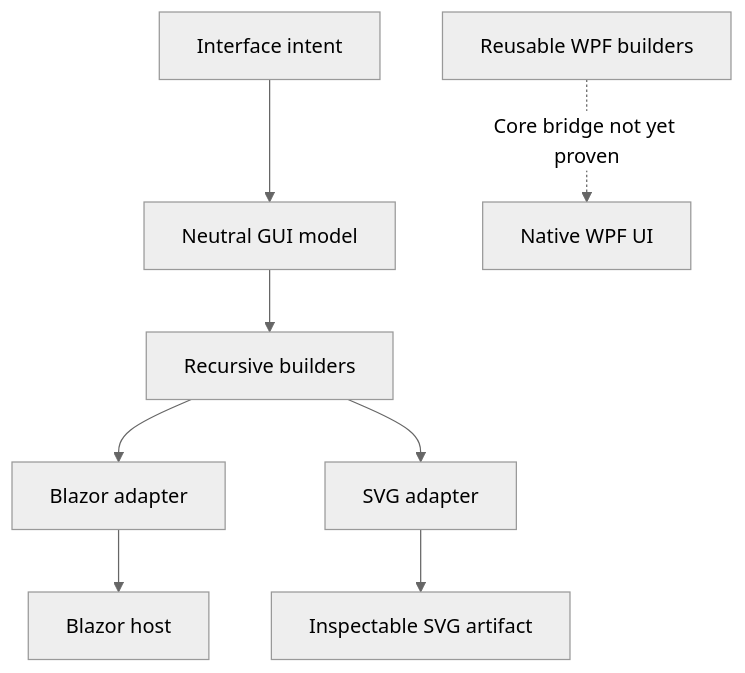
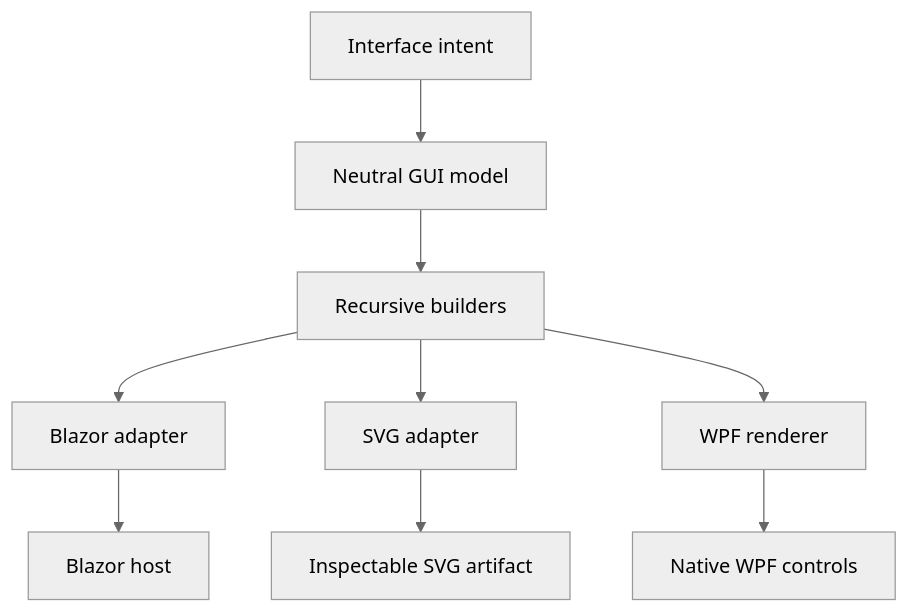
One commit to TrentBest/TheSingularityWorkshop.GUI changed the diagram in README.md. Above: the diagram before and after it, drawn with Mermaid (neutral theme). The commit also changed other lines of this file, not shown here.

Commit message:
docs: align README with current WPF adapter evidence

````diff
--- a/README.md
+++ b/README.md
@@ -10,10 +9,11 @@
 ```mermaid
 flowchart TD
   I[Interface intent] --> M[Neutral GUI model]
   M --> B[Recursive builders]
   B --> BL[Blazor adapter]
   B --> SVG[SVG adapter]
-  WPF[Reusable WPF builders] -. Core bridge not yet proven .-> WPFUI[Native WPF UI]
+  B --> WPF[WPF renderer]
   BL --> WEB[Blazor host]
   SVG --> ART[Inspectable SVG artifact]
+  WPF --> NATIVE[Native WPF controls]
 ```
````
